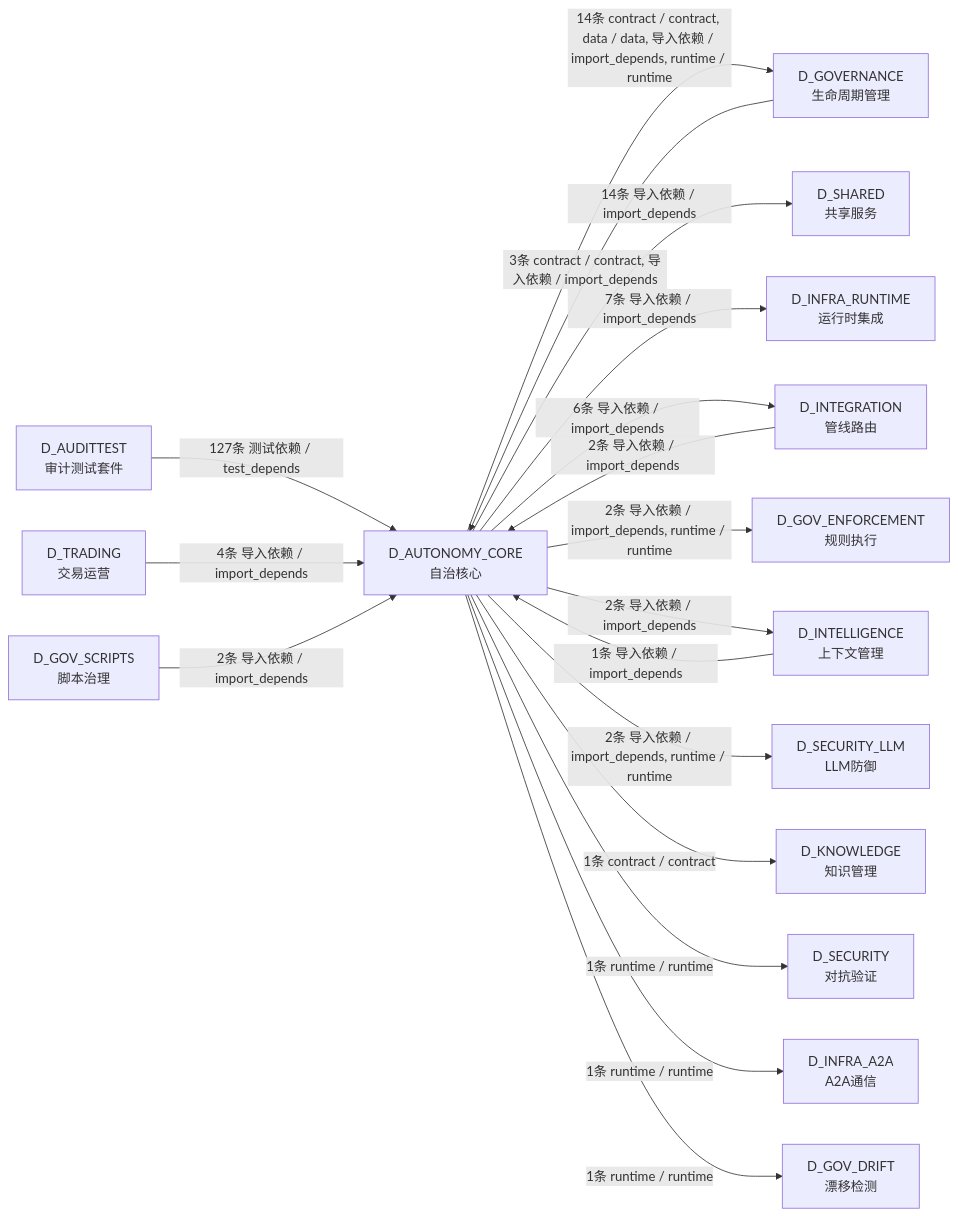
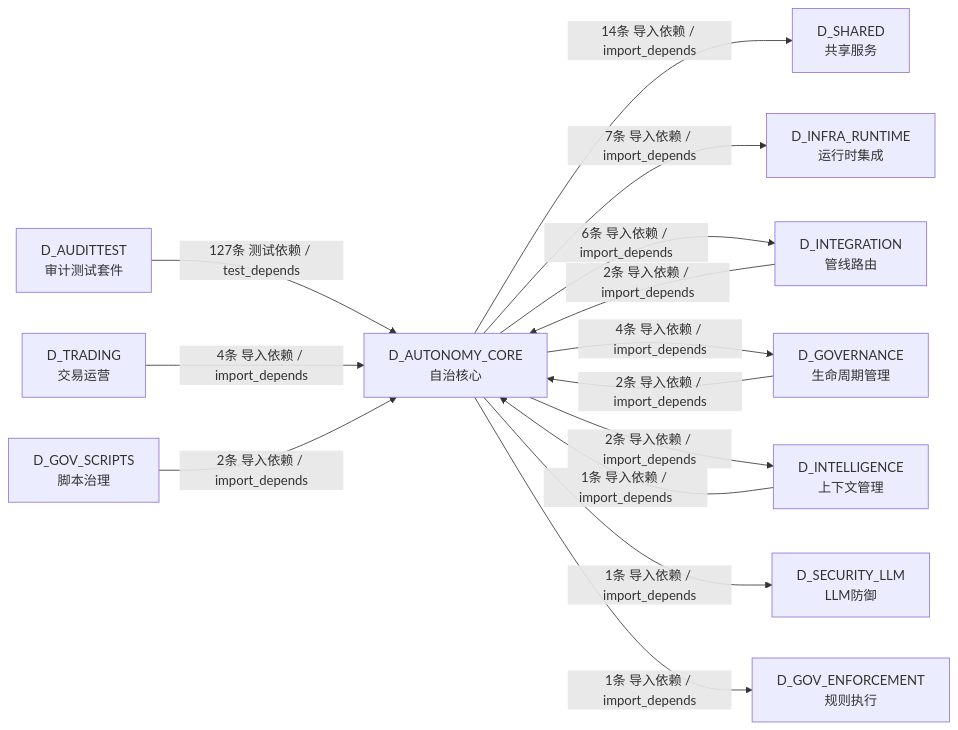
Before and after one commit to xuanFelixVan/ZephyrAlpha: the seventh of 7 diagrams in docs/02_enterprise_architecture/02_domain_architecture_docs/07_d_autonomy_core.md, drawn with Mermaid. The commit also changed other lines of this file and 100 other files, not shown here.

````diff
--- a/docs/02_enterprise_architecture/02_domain_architecture_docs/07_d_autonomy_core.md
+++ b/docs/02_enterprise_architecture/02_domain_architecture_docs/07_d_autonomy_core.md
@@ -929,35 +910,27 @@
 ```mermaid
 graph LR
     D_AUTONOMY_CORE["D_AUTONOMY_CORE<br/>自治核心"]
-    D_GOVERNANCE["D_GOVERNANCE<br/>生命周期管理"]
     D_SHARED["D_SHARED<br/>共享服务"]
     D_INFRA_RUNTIME["D_INFRA_RUNTIME<br/>运行时集成"]
     D_INTEGRATION["D_INTEGRATION<br/>管线路由"]
-    D_GOV_ENFORCEMENT["D_GOV_ENFORCEMENT<br/>规则执行"]
+    D_GOVERNANCE["D_GOVERNANCE<br/>生命周期管理"]
     D_INTELLIGENCE["D_INTELLIGENCE<br/>上下文管理"]
     D_SECURITY_LLM["D_SECURITY_LLM<br/>LLM防御"]
-    D_KNOWLEDGE["D_KNOWLEDGE<br/>知识管理"]
-    D_SECURITY["D_SECURITY<br/>对抗验证"]
-    D_INFRA_A2A["D_INFRA_A2A<br/>A2A通信"]
-    D_GOV_DRIFT["D_GOV_DRIFT<br/>漂移检测"]
+    D_GOV_ENFORCEMENT["D_GOV_ENFORCEMENT<br/>规则执行"]
     D_AUDITTEST["D_AUDITTEST<br/>审计测试套件"]
     D_TRADING["D_TRADING<br/>交易运营"]
     D_GOV_SCRIPTS["D_GOV_SCRIPTS<br/>脚本治理"]
-    D_AUTONOMY_CORE -->|14条 contract / contract, data / data, 导入依赖 / import_depends, runtime / runtime| D_GOVERNANCE
     D_AUTONOMY_CORE -->|14条 导入依赖 / import_depends| D_SHARED
     D_AUTONOMY_CORE -->|7条 导入依赖 / import_depends| D_INFRA_RUNTIME
     D_AUTONOMY_CORE -->|6条 导入依赖 / import_depends| D_INTEGRATION
-    D_AUTONOMY_CORE -->|2条 导入依赖 / import_depends, runtime / runtime| D_GOV_ENFORCEMENT
+    D_AUTONOMY_CORE -->|4条 导入依赖 / import_depends| D_GOVERNANCE
     D_AUTONOMY_CORE -->|2条 导入依赖 / import_depends| D_INTELLIGENCE
-    D_AUTONOMY_CORE -->|2条 导入依赖 / import_depends, runtime / runtime| D_SECURITY_LLM
-    D_AUTONOMY_CORE -->|1条 contract / contract| D_KNOWLEDGE
-    D_AUTONOMY_CORE -->|1条 runtime / runtime| D_SECURITY
-    D_AUTONOMY_CORE -->|1条 runtime / runtime| D_INFRA_A2A
-    D_AUTONOMY_CORE -->|1条 runtime / runtime| D_GOV_DRIFT
+    D_AUTONOMY_CORE -->|1条 导入依赖 / import_depends| D_SECURITY_LLM
+    D_AUTONOMY_CORE -->|1条 导入依赖 / import_depends| D_GOV_ENFORCEMENT
     D_AUDITTEST -->|127条 测试依赖 / test_depends| D_AUTONOMY_CORE
     D_TRADING -->|4条 导入依赖 / import_depends| D_AUTONOMY_CORE
-    D_GOVERNANCE -->|3条 contract / contract, 导入依赖 / import_depends| D_AUTONOMY_CORE
+    D_GOVERNANCE -->|2条 导入依赖 / import_depends| D_AUTONOMY_CORE
     D_GOV_SCRIPTS -->|2条 导入依赖 / import_depends| D_AUTONOMY_CORE
     D_INTEGRATION -->|2条 导入依赖 / import_depends| D_AUTONOMY_CORE
     D_INTELLIGENCE -->|1条 导入依赖 / import_depends| D_AUTONOMY_CORE
 ```
````
